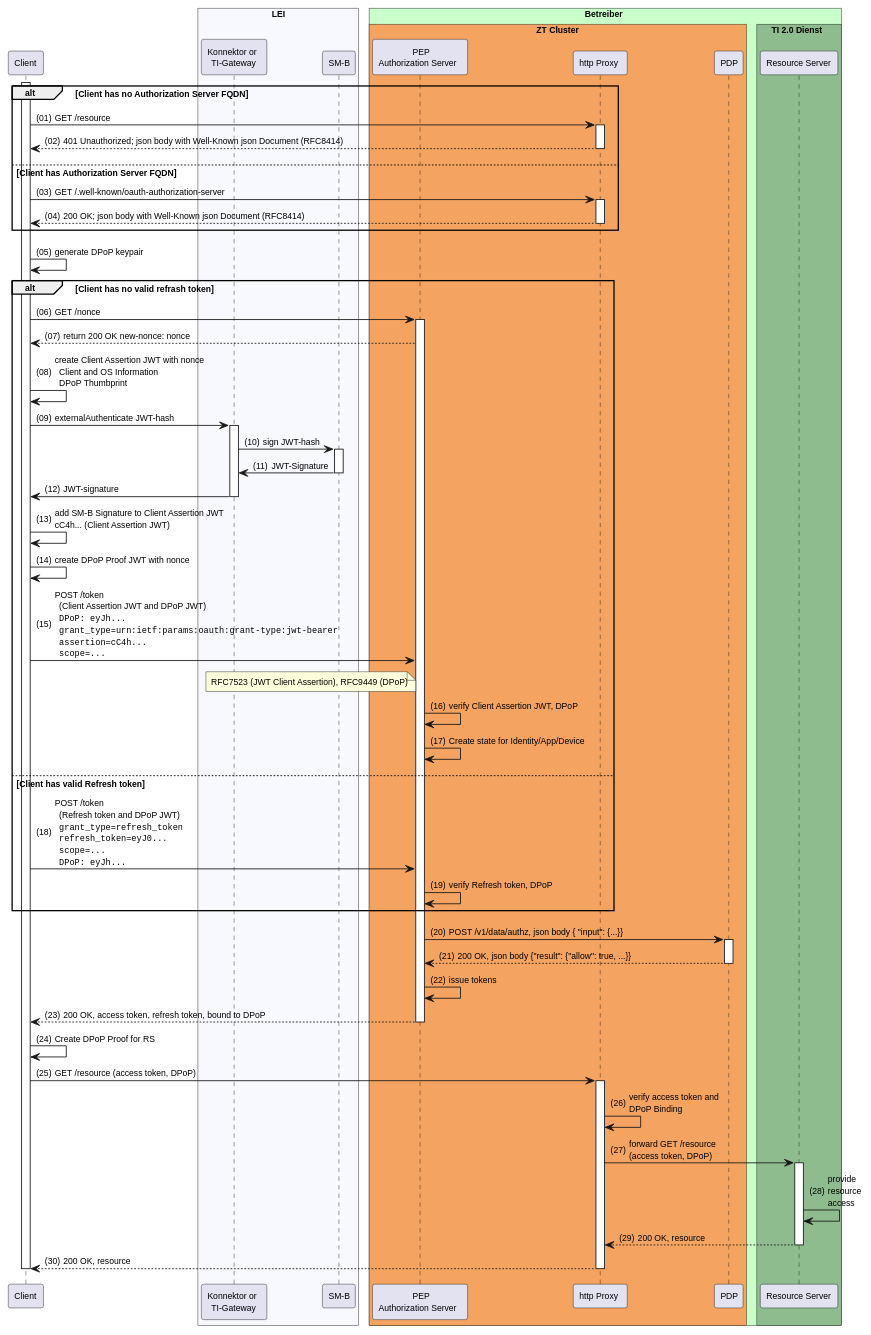
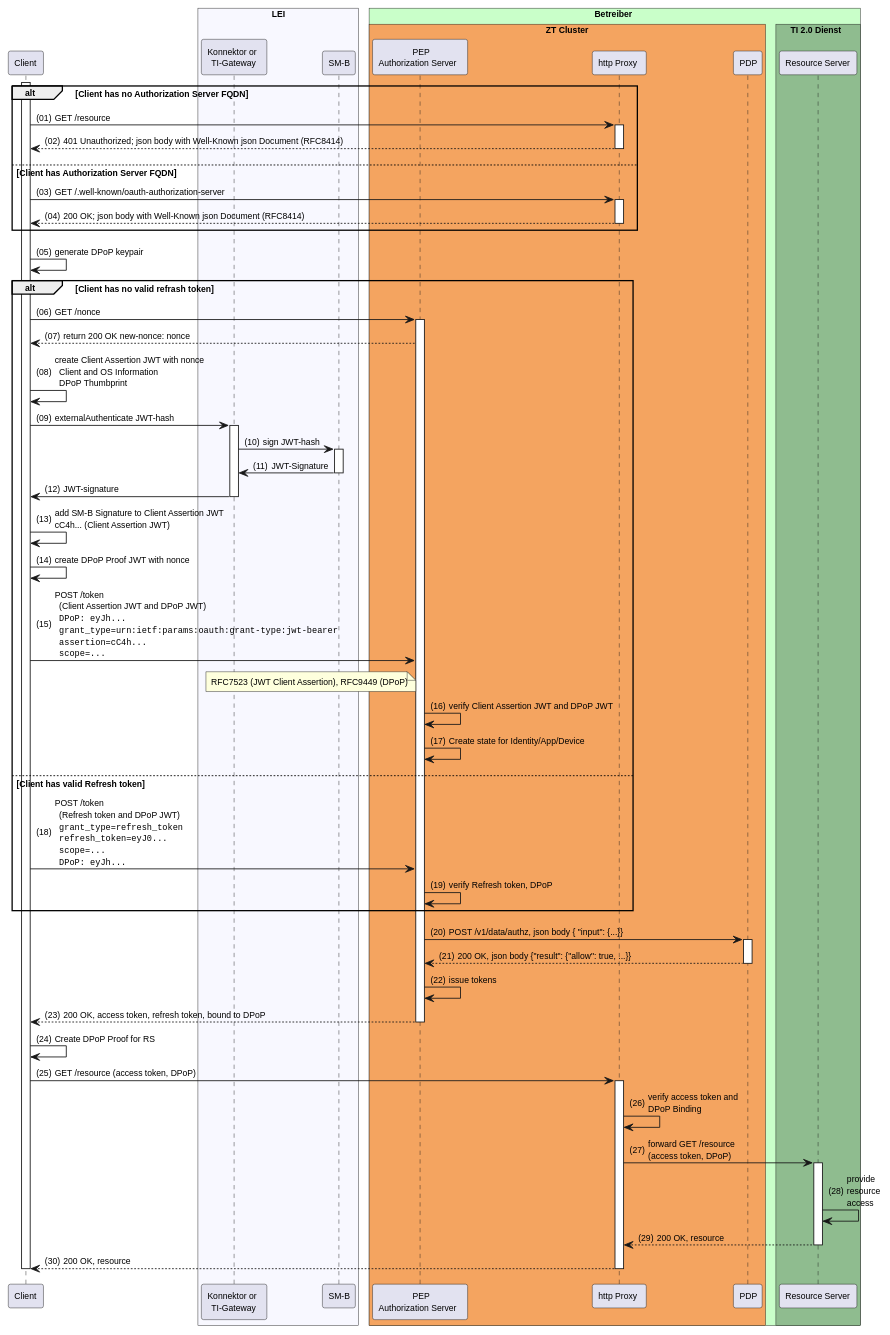
The diagram in src/plantuml/sm-b-auth.puml (gematik/spec-t20r), drawn with PlantUML before and after one commit.

```diff
--- a/src/plantuml/sm-b-auth.puml
+++ b/src/plantuml/sm-b-auth.puml
@@ -1,104 +1,104 @@
 @startuml "SM-B_Auth_with_DPoP"
 autonumber "(00)"
 skinparam defaultFontSize 10
 skinparam defaultFontName Helvetica
 skinparam DefaultMonospacedFontName Courier
 skinparam lengthAdjust none
 
 !pragma teoz true
 
 participant Client
 box "LEI" #GhostWhite
     participant Konnektor as "Konnektor or\nTI-Gateway"
     participant SMB as "SM-B"
 end box
 
 box "Betreiber" #TECHNOLOGY
     box "ZT Cluster" #SandyBrown
         participant AuthS as "PEP\nAuthorization Server" 
         participant HP as "http Proxy"
         participant PDP as "PDP"
     endbox
     box TI 2.0 Dienst #DarkSeaGreen
         participant RS as "Resource Server"
     endbox
 end box
 
 activate Client
 alt Client has no Authorization Server FQDN
     Client -> HP: GET /resource
     activate HP
     HP --> Client: 401 Unauthorized; json body with Well-Known json Document (RFC8414)
     deactivate HP
 else Client has Authorization Server FQDN
     Client -> HP: GET /.well-known/oauth-authorization-server 
     activate HP
     HP --> Client: 200 OK; json body with Well-Known json Document (RFC8414)
     deactivate HP
 end
 
 Client -> Client: generate DPoP keypair
 alt Client has no valid refrash token
 Client -> AuthS: GET /nonce
 activate AuthS
 AuthS --> Client: return 200 OK new-nonce: nonce
 Client -> Client: create Client Assertion JWT with nonce\n  Client and OS Information\n  DPoP Thumbprint
 Client -> Konnektor: externalAuthenticate JWT-hash
 activate Konnektor
 Konnektor -> SMB: sign JWT-hash
 activate SMB
 SMB -> Konnektor: JWT-Signature
 deactivate SMB
 Konnektor -> Client: JWT-signature
 deactivate Konnektor
 
 Client -> Client: add SM-B Signature to Client Assertion JWT\n\
 cC4h... (Client Assertion JWT)
 Client -> Client: create DPoP Proof JWT with nonce
 Client -> AuthS: POST /token\n\
   (Client Assertion JWT and DPoP JWT)\n\
   ""DPoP: eyJh...""\n\
   ""grant_type=urn:ietf:params:oauth:grant-type:jwt-bearer""\n\
   ""assertion=cC4h...""\n\
   ""scope=...""
 note left of AuthS
   RFC7523 (JWT Client Assertion), RFC9449 (DPoP)
 end note
-AuthS -> AuthS: verify Client Assertion JWT, DPoP
+AuthS -> AuthS: verify Client Assertion JWT and DPoP JWT
 AuthS -> AuthS: Create state for Identity/App/Device
 else Client has valid Refresh token
 Client -> AuthS: POST /token\n\
   (Refresh token and DPoP JWT)\n\
   ""grant_type=refresh_token""\n\
   ""refresh_token=eyJ0...""\n\
   ""scope=...""\n\
   ""DPoP: eyJh...""
 AuthS -> AuthS: verify Refresh token, DPoP
 end
 
 AuthS -> PDP: POST /v1/data/authz, json body {  "input": {...}} 
 activate PDP
 PDP --> AuthS: 200 OK, json body {"result": {"allow": true, ...}}
 deactivate PDP
 AuthS -> AuthS: issue tokens
 AuthS --> Client: 200 OK, access token, refresh token, bound to DPoP
 deactivate AuthS
 Client -> Client: Create DPoP Proof for RS
 
 Client -> HP: GET /resource (access token, DPoP)
 activate HP
 HP -> HP: verify access token and\nDPoP Binding
 HP -> RS: forward GET /resource\n\
 (access token, DPoP)
 activate RS
 RS -> RS: provide\n\
 resource\n\
 access
 RS --> HP: 200 OK, resource
 deactivate RS
 HP --> Client: 200 OK, resource
 deactivate HP
 deactivate RS
 deactivate Client
 
 @enduml
```
